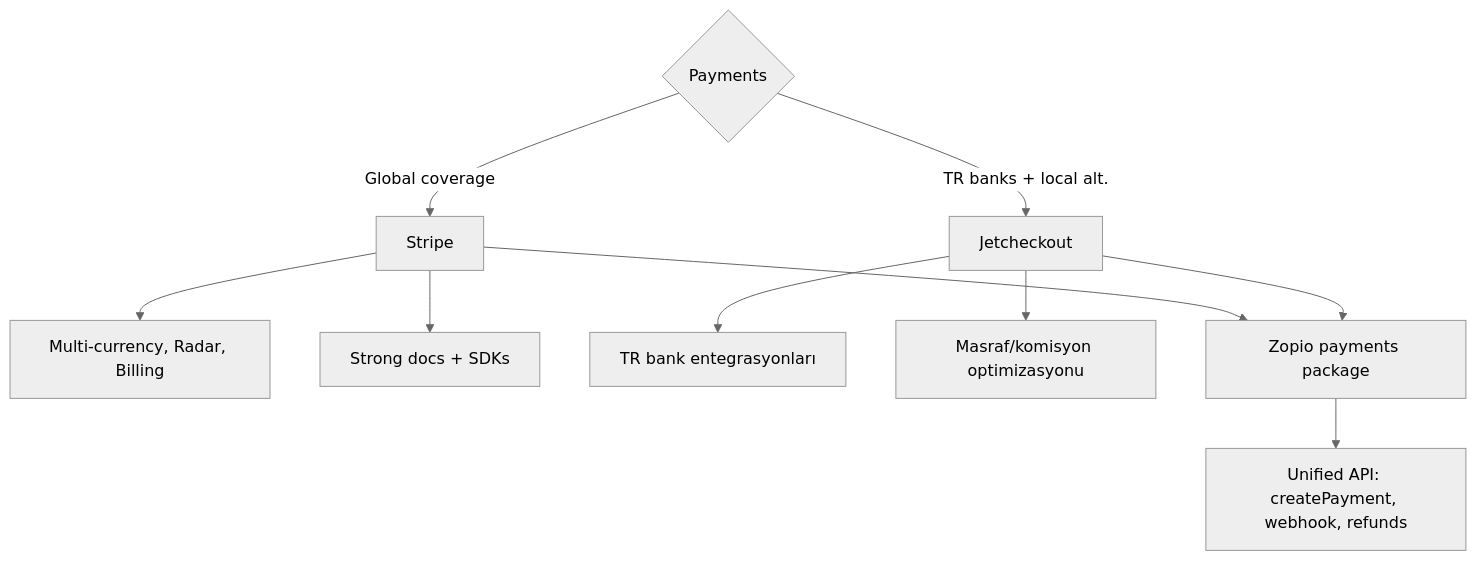
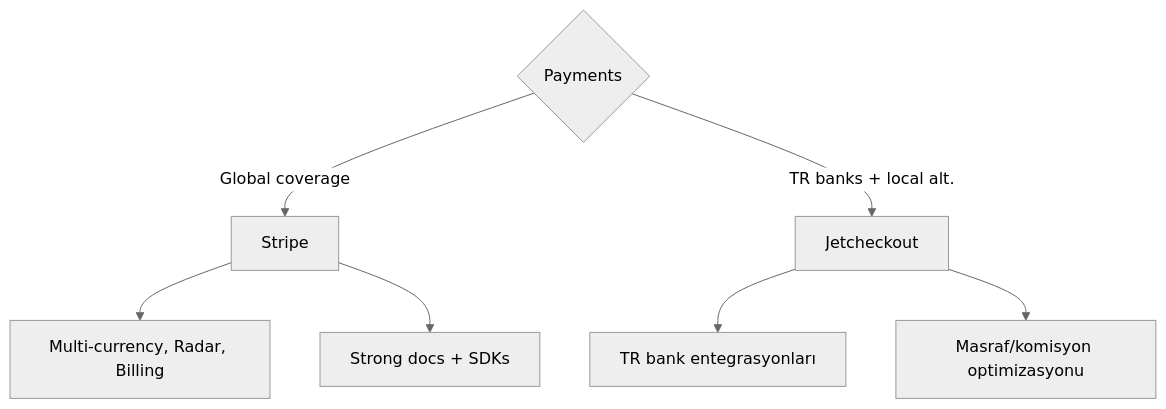
Before and after one commit to mehmetburakyavuz/test-dog: the second of 7 diagrams in README.md, drawn with Mermaid (neutral theme). The commit also changed other lines of this file, not shown here.

````diff
--- a/README.md
+++ b/README.md
@@ -583,13 +196,10 @@
 ```mermaid
 flowchart TD
     P1{Payments} -->|Global coverage| P2[Stripe]
     P1 -->|TR banks + local alt.| P3[Jetcheckout]
 
     P2 --> P2a[Multi‑currency, Radar, Billing]
     P2 --> P2b[Strong docs + SDKs]
     P3 --> P3a[TR bank entegrasyonları]
     P3 --> P3b[Masraf/komisyon optimizasyonu]
-
-    P2 & P3 --> P4[Zopio payments package]
-    P4 --> P5[Unified API: createPayment, webhook, refunds]
 ```
````
